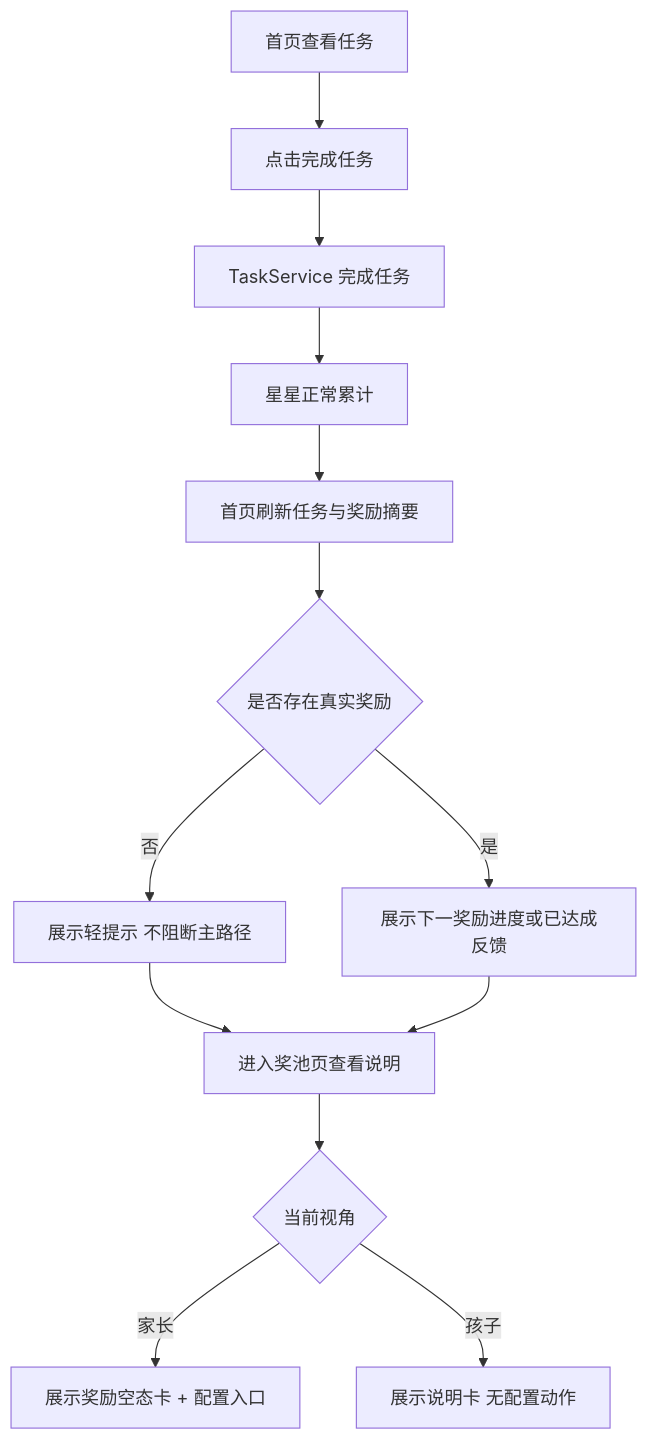
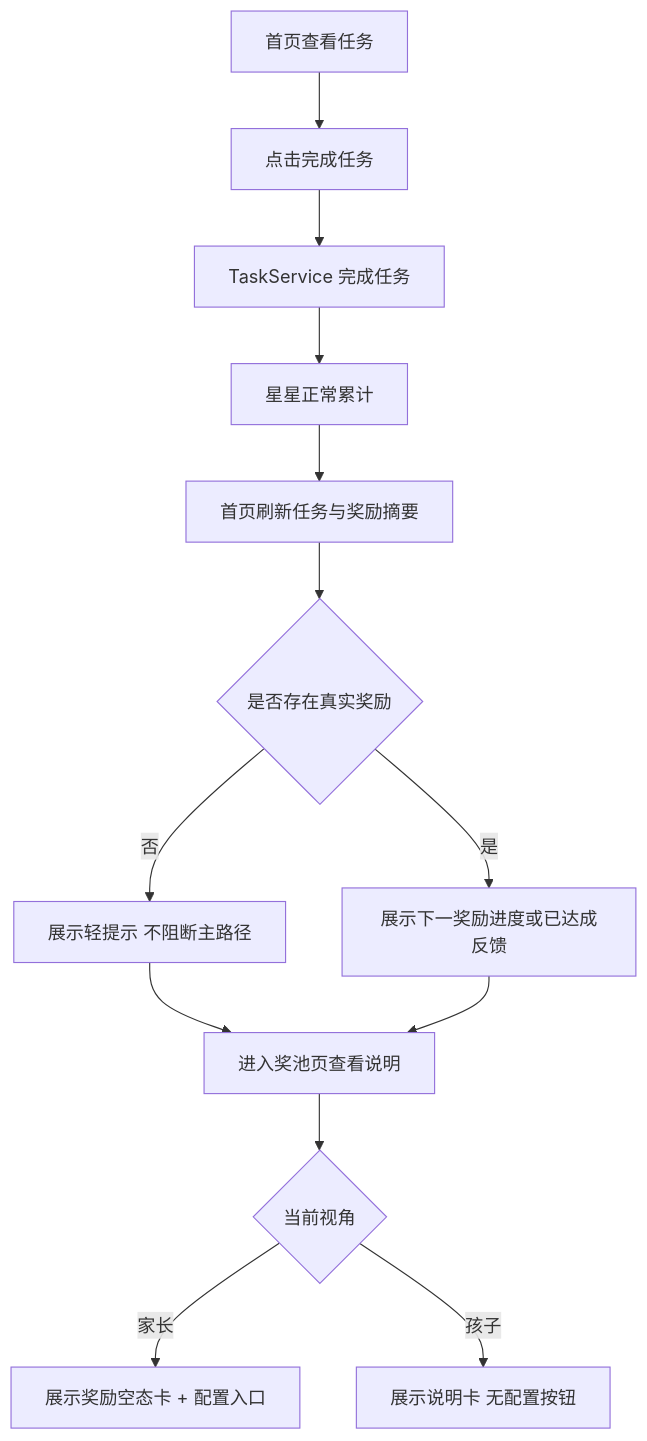
One commit to wangdafei091/study_task_wechat changed the diagram in docs/design/milestone-14a-experience-unification.md. Above: the diagram before and after it, drawn with Mermaid. The commit also changed other lines of this file, not shown here.

````diff
--- a/docs/design/milestone-14a-experience-unification.md
+++ b/docs/design/milestone-14a-experience-unification.md
@@ -203,15 +249,15 @@
 ```mermaid
 flowchart TD
     A[首页查看任务] --> B[点击完成任务]
     B --> C[TaskService 完成任务]
     C --> D[星星正常累计]
     D --> E[首页刷新任务与奖励摘要]
     E --> F{是否存在真实奖励}
     F -- 是 --> G[展示下一奖励进度或已达成反馈]
     F -- 否 --> H[展示轻提示 不阻断主路径]
     H --> I[进入奖池页查看说明]
     G --> I
     I --> J{当前视角}
     J -- 家长 --> K[展示奖励空态卡 + 配置入口]
-    J -- 孩子 --> L[展示说明卡 无配置动作]
+    J -- 孩子 --> L[展示说明卡 无配置按钮]
 ```
````
